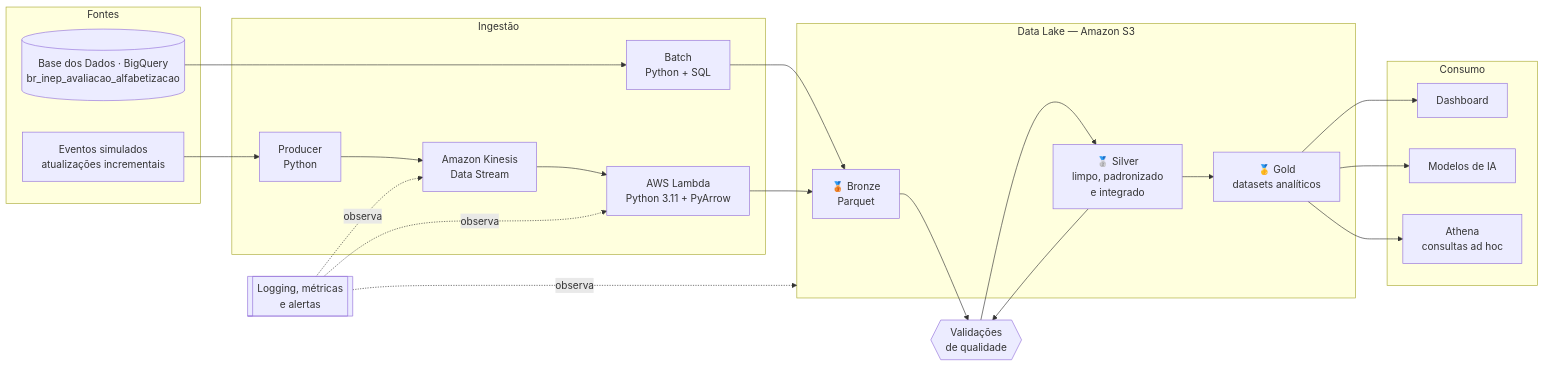
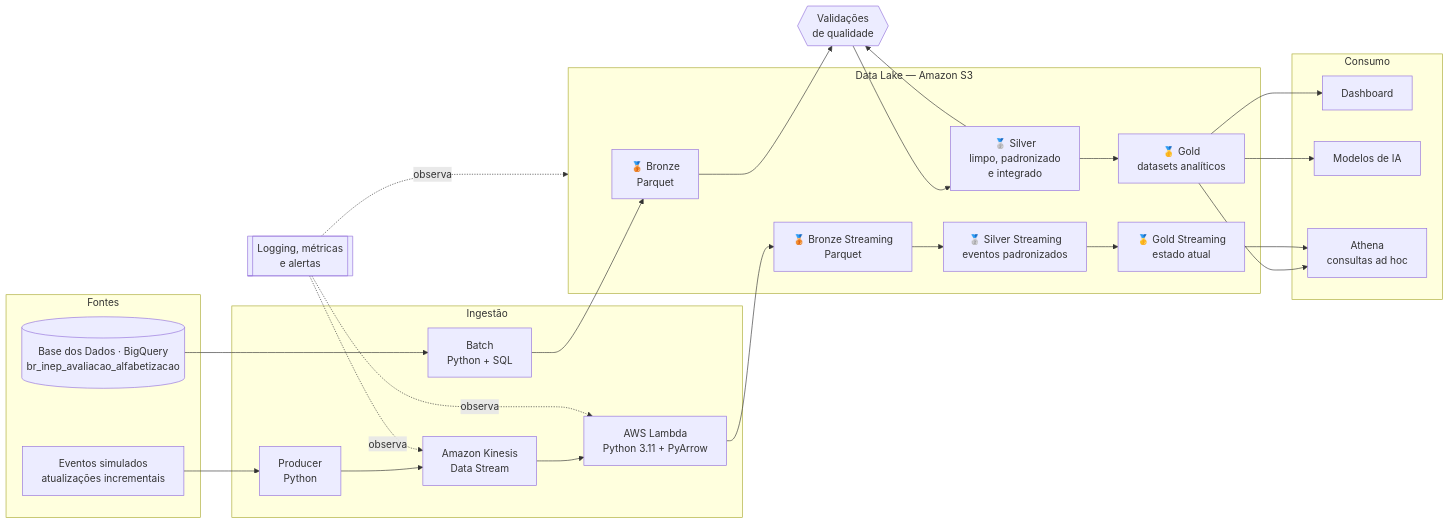
The diagram in README.md (LiraJoviniano/fiap-ai-scientist-fase-02), drawn with Mermaid before and after one commit. The commit also changed other lines of this file and 6 other files, not shown here.

Commit message:
feat: completa fluxo streaming com silver e gold

````diff
--- a/README.md
+++ b/README.md
@@ -108,45 +108,51 @@
 ```mermaid
 flowchart LR
     subgraph FONTE["Fontes"]
         BQ[("Base dos Dados · BigQuery<br/>br_inep_avaliacao_alfabetizacao")]
         EVENTO["Eventos simulados<br/>atualizações incrementais"]
     end
 
     subgraph INGEST["Ingestão"]
         BATCH["Batch<br/>Python + SQL"]
         PROD["Producer<br/>Python"]
         KIN["Amazon Kinesis<br/>Data Stream"]
         LAMBDA["AWS Lambda<br/>Python 3.11 + PyArrow"]
     end
 
     subgraph LAKE["Data Lake — Amazon S3"]
         BRONZE["🥉 Bronze<br/>Parquet"]
         SILVER["🥈 Silver<br/>limpo, padronizado<br/>e integrado"]
         GOLD["🥇 Gold<br/>datasets analíticos"]
+        BRONZE_STREAM["🥉 Bronze Streaming<br/>Parquet"]
+        SILVER_STREAM["🥈 Silver Streaming<br/>eventos padronizados"]
+        GOLD_STREAM["🥇 Gold Streaming<br/>estado atual"]
     end
 
     subgraph CONSUMO["Consumo"]
         DASH["Dashboard"]
         ML["Modelos de IA"]
         SQL["Athena<br/>consultas ad hoc"]
     end
 
     QA{{"Validações<br/>de qualidade"}}
     OBS[["Logging, métricas<br/>e alertas"]]
 
     BQ --> BATCH
     EVENTO --> PROD
     PROD --> KIN
     KIN --> LAMBDA
     BATCH --> BRONZE
-    LAMBDA --> BRONZE
+    LAMBDA --> BRONZE_STREAM
     BRONZE --> QA --> SILVER
     SILVER --> QA
     SILVER --> GOLD
+    BRONZE_STREAM --> SILVER_STREAM
+    SILVER_STREAM --> GOLD_STREAM
     GOLD --> DASH
     GOLD --> ML
     GOLD --> SQL
+    GOLD_STREAM --> SQL
     OBS -.observa.-> KIN
     OBS -.observa.-> LAMBDA
     OBS -.observa.-> LAKE
 ```
````
